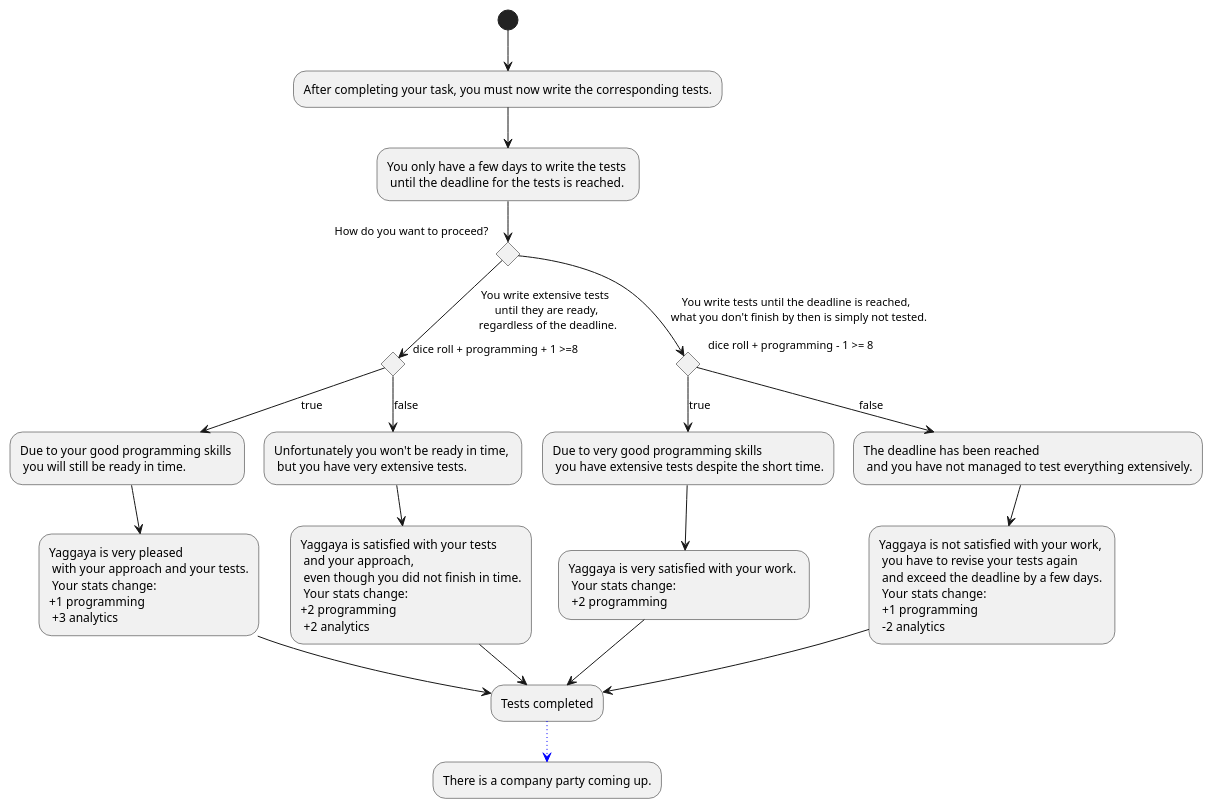
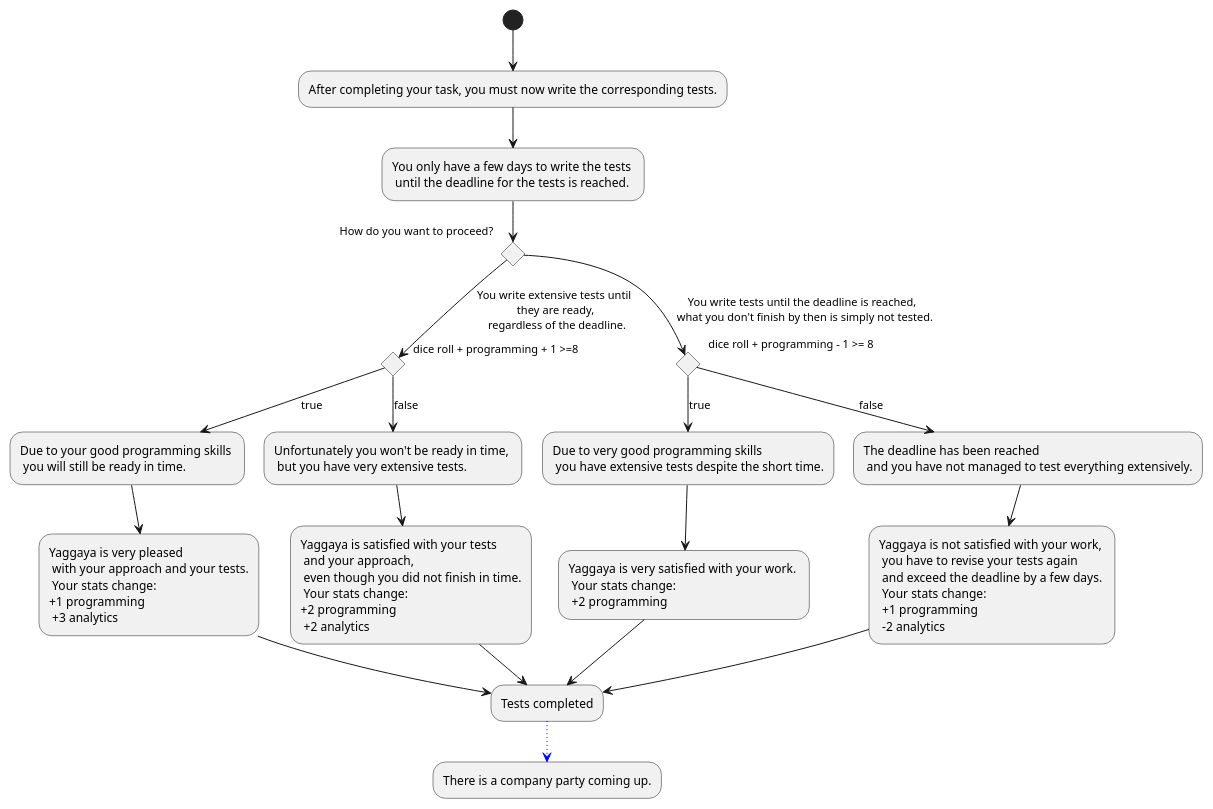
The diagram in Docs/Technical Specifications/docs/diagrams/StoryFlow/StoryFlow_Decision_5.puml (Brotenko/QualityQuest), drawn with PlantUML before and after one commit. The commit also changed 11 other files, not shown here.

```diff
--- a/Docs/Technical Specifications/docs/diagrams/StoryFlow/StoryFlow_Decision_5.puml
+++ b/Docs/Technical Specifications/docs/diagrams/StoryFlow/StoryFlow_Decision_5.puml
@@ -1,29 +1,28 @@
 @startuml
 (*) --> "After completing your task, you must now write the corresponding tests."
 --> "You only have a few days to write the tests \n until the deadline for the tests is reached."
 if "How do you want to proceed?" then
---> [You write extensive tests \n until they are ready, \n regardless of the deadline.] if "dice roll + programming + 1 >=8" then
+--> [You write extensive tests until \n they are ready, \n regardless of the deadline.] if "dice roll + programming + 1 >=8" then
 --> [true] "Due to your good programming skills \n you will still be ready in time."
 --> "Yaggaya is very pleased \n with your approach and your tests.\n Your stats change: \n+1 programming \n +3 analytics" as path1
 else 
 --> [false] "Unfortunately you won't be ready in time, \n but you have very extensive tests."
 --> "Yaggaya is satisfied with your tests \n and your approach, \n even though you did not finish in time.\n Your stats change: \n+2 programming \n +2 analytics" as path2
 endif
 else
  --> [You write tests until the deadline is reached, \n what you don't finish by then is simply not tested.] if "dice roll + programming - 1 >= 8" then 
 --> [true] "Due to very good programming skills \n you have extensive tests despite the short time."
 --> "Yaggaya is very satisfied with your work. \n Your stats change: \n +2 programming" as path3
 else 
 --> [false] "The deadline has been reached \n and you have not managed to test everything extensively."
 --> "Yaggaya is not satisfied with your work, \n you have to revise your tests again \n and exceed the deadline by a few days.\n Your stats change: \n +1 programming \n -2 analytics" as path4
-
 endif
 endif
 
 path1 --> "Tests completed" as nextDecision
 path2 --> nextDecision
 path3 --> nextDecision
 path4 --> nextDecision
 nextDecision -[#blue,dotted]-> "There is a company party coming up."
 
 @enduml
```
